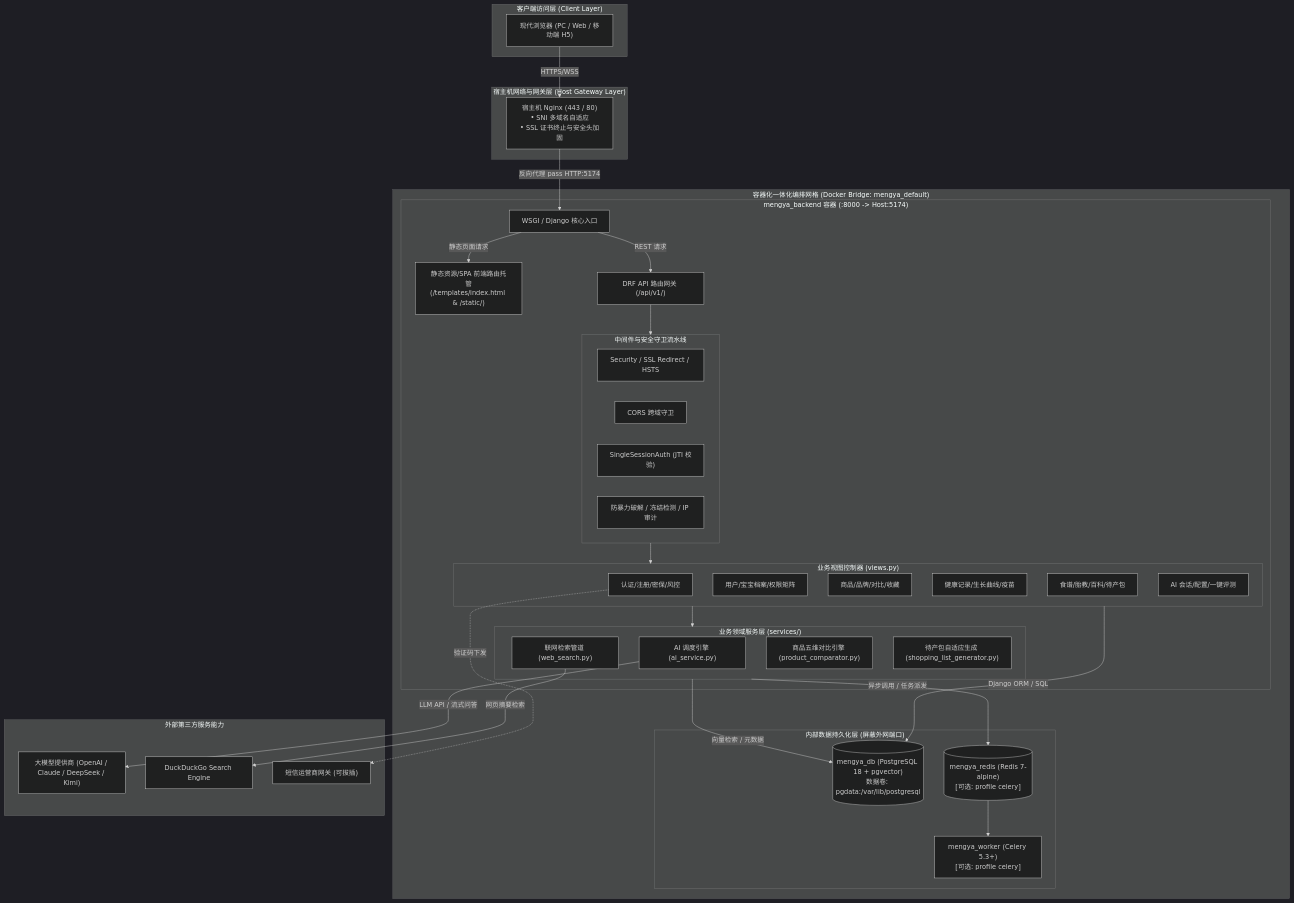
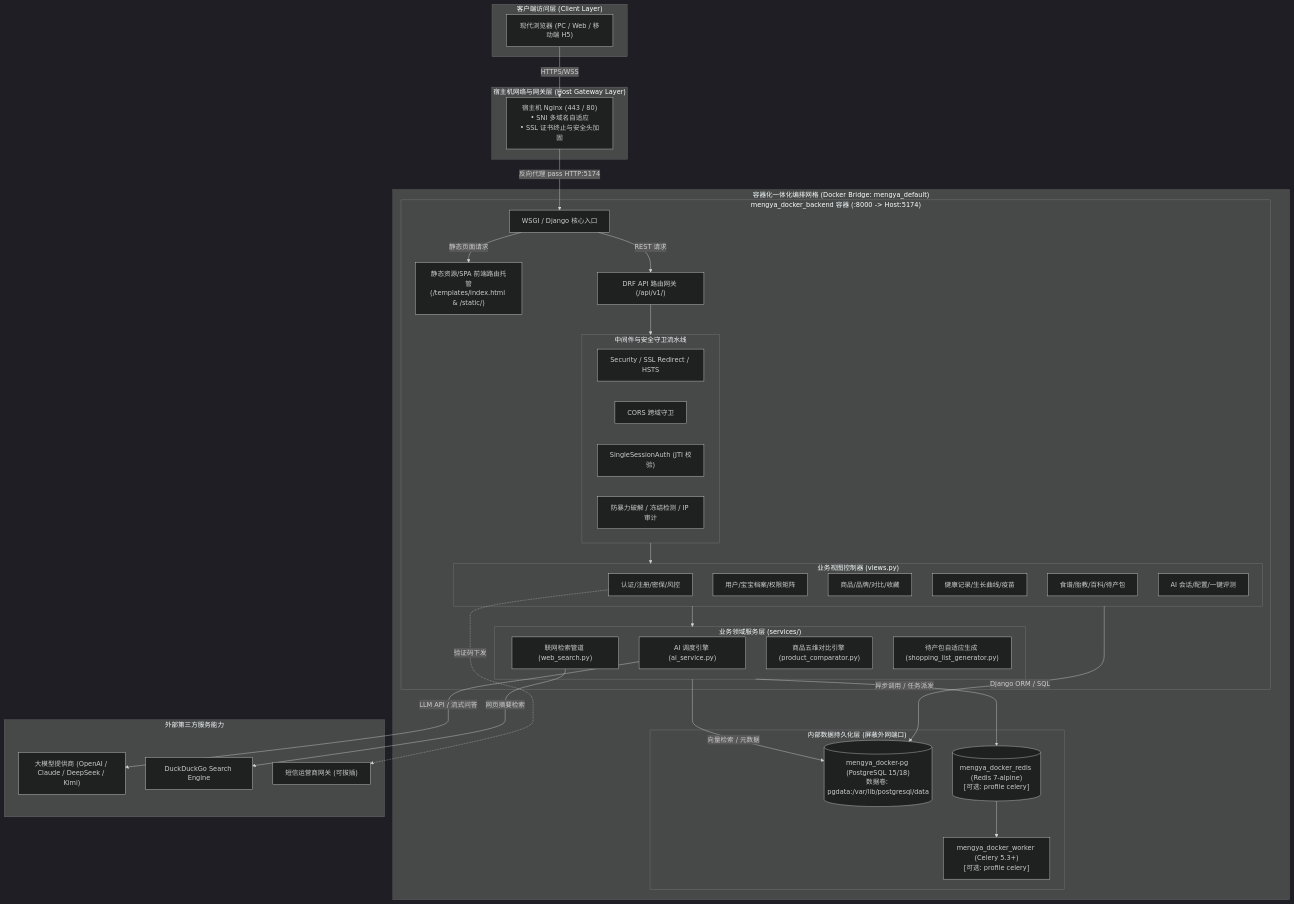
The first of 7 diagrams in Project_System_Design.md (18227370901/mengya-docker), drawn with Mermaid (dark theme) before and after one commit. The commit also changed other lines of this file and 10 other files, not shown here.

````diff
--- a/Project_System_Design.md
+++ b/Project_System_Design.md
@@ -58,68 +58,68 @@
 ```mermaid
 flowchart TB
     subgraph Client["客户端访问层 (Client Layer)"]
         Browser["现代浏览器 (PC / Web / 移动端 H5)"]
     end
 
     subgraph Host["宿主机网络与网关层 (Host Gateway Layer)"]
         HostNginx["宿主机 Nginx (443 / 80)<br/>• SNI 多域名自适应<br/>• SSL 证书终止与安全头加固"]
     end
 
     subgraph DockerEnv["容器化一体化编排网格 (Docker Bridge: mengya_default)"]
-        subgraph BackendContainer["mengya_backend 容器 (:8000 -> Host:5174)"]
+        subgraph BackendContainer["mengya_docker_backend 容器 (:8000 -> Host:5174)"]
             DjangoEntry["WSGI / Django 核心入口"]
             StaticServe["静态资源/SPA 前端路由托管<br/>(/templates/index.html & /static/)"]
             APIRouter["DRF API 路由网关 (/api/v1/)"]
             
             subgraph MiddlewareStack["中间件与安全守卫流水线"]
                 SecMW["Security / SSL Redirect / HSTS"]
                 CorsMW["CORS 跨域守卫"]
                 SingleSessionMW["SingleSessionAuth (JTI 校验)"]
                 RiskMW["防暴力破解 / 冻结检测 / IP 审计"]
             end
             
             subgraph CoreViews["业务视图控制器 (views.py)"]
                 AuthViews["认证/注册/密保/风控"]
                 UserViews["用户/宝宝档案/权限矩阵"]
                 ProductViews["商品/品牌/对比/收藏"]
                 HealthViews["健康记录/生长曲线/疫苗"]
                 ContentViews["食谱/胎教/百科/待产包"]
                 AIViews["AI 会话/配置/一键评测"]
             end
 
             subgraph ServiceDomain["业务领域服务层 (services/)"]
                 AIService["AI 调度引擎 (ai_service.py)"]
                 WebSearch["联网检索管道 (web_search.py)"]
                 Comparator["商品五维对比引擎 (product_comparator.py)"]
                 ListGen["待产包自适应生成 (shopping_list_generator.py)"]
             end
         end
 
         subgraph StorageLayer["内部数据持久化层 (屏蔽外网端口)"]
-            PGDB[("mengya_db (PostgreSQL 18 + pgvector)<br/>数据卷: pgdata:/var/lib/postgresql")]
-            RedisQueue[("mengya_redis (Redis 7-alpine)<br/>[可选: profile celery]")]
-            CeleryWorker["mengya_worker (Celery 5.3+)<br/>[可选: profile celery]"]
+            PGDB[("mengya_docker-pg (PostgreSQL 15/18)<br/>数据卷: pgdata:/var/lib/postgresql/data")]
+            RedisQueue[("mengya_docker_redis (Redis 7-alpine)<br/>[可选: profile celery]")]
+            CeleryWorker["mengya_docker_worker (Celery 5.3+)<br/>[可选: profile celery]"]
         end
     end
 
     subgraph ExternalCloud["外部第三方服务能力"]
         LLM["大模型提供商 (OpenAI / Claude / DeepSeek / Kimi)"]
         DDG["DuckDuckGo Search Engine"]
         SMS["短信运营商网关 (可拔插)"]
     end
 
     Browser -->|HTTPS/WSS| HostNginx
     HostNginx -->|反向代理 pass HTTP:5174| DjangoEntry
     DjangoEntry -->|静态页面请求| StaticServe
     DjangoEntry -->|REST 请求| APIRouter
     APIRouter --> MiddlewareStack
     MiddlewareStack --> CoreViews
     CoreViews --> ServiceDomain
     CoreViews -->|Django ORM / SQL| PGDB
     ServiceDomain -->|向量检索 / 元数据| PGDB
     ServiceDomain -->|异步调用 / 任务派发| RedisQueue
     RedisQueue --> CeleryWorker
     AIService -->|LLM API / 流式问答| LLM
     WebSearch -->|网页摘要检索| DDG
     AuthViews -.->|验证码下发| SMS
 ```
````
